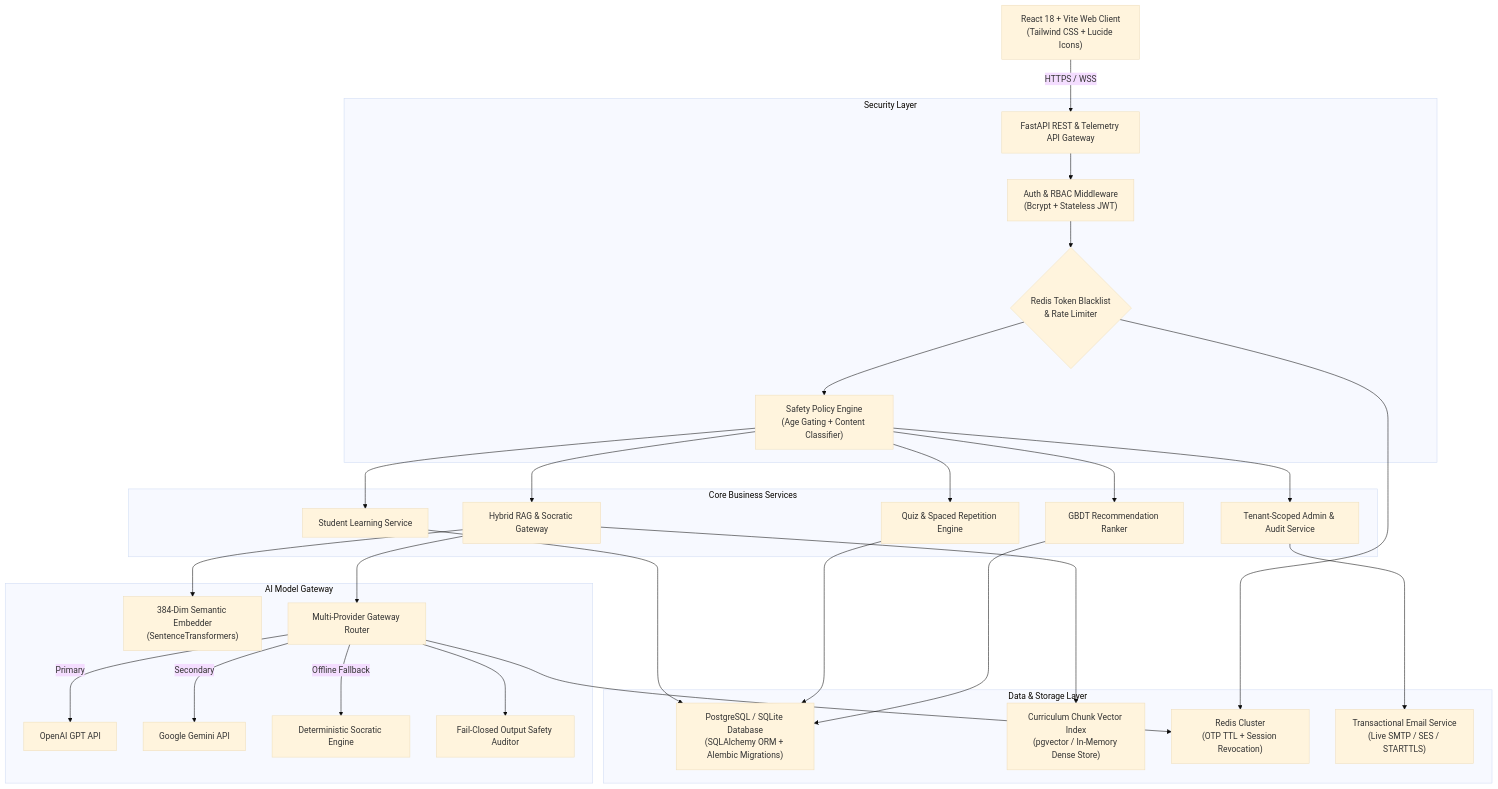
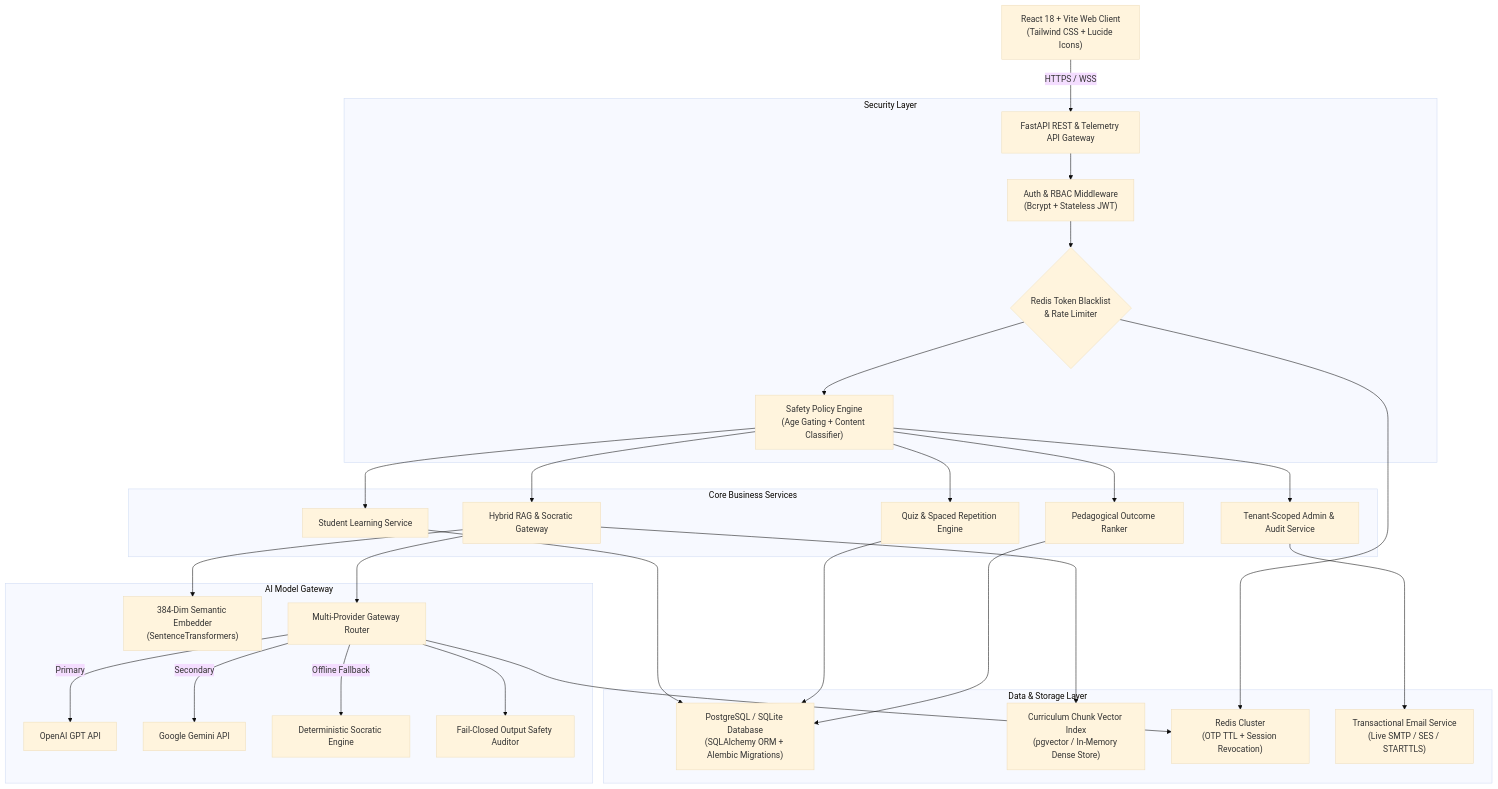
The diagram in README.md (rehan0018/Edufeedia), drawn with Mermaid (base theme) before and after one commit. The commit also changed other lines of this file and 21 other files, not shown here.

````diff
--- a/README.md
+++ b/README.md
@@ -70,34 +70,34 @@
 ```mermaid
 flowchart TD
     Client["React 18 + Vite Web Client\n(Tailwind CSS + Lucide Icons)"] -->|HTTPS / WSS| Gateway["FastAPI REST & Telemetry API Gateway"]
 
     subgraph Security Layer
         Gateway --> Auth["Auth & RBAC Middleware\n(Bcrypt + Stateless JWT)"]
         Auth --> Blacklist{"Redis Token Blacklist\n& Rate Limiter"}
         Blacklist --> PolicyEngine["Safety Policy Engine\n(Age Gating + Content Classifier)"]
     end
 
     subgraph Core Business Services
         PolicyEngine --> StudentSvc["Student Learning Service"]
         PolicyEngine --> QuizSvc["Quiz & Spaced Repetition Engine"]
         PolicyEngine --> RAGSvc["Hybrid RAG & Socratic Gateway"]
-        PolicyEngine --> RecSvc["GBDT Recommendation Ranker"]
+        PolicyEngine --> RecSvc["Pedagogical Outcome Ranker"]
         PolicyEngine --> AdminSvc["Tenant-Scoped Admin & Audit Service"]
     end
 
     subgraph AI Model Gateway
         RAGSvc --> Embedder["384-Dim Semantic Embedder\n(SentenceTransformers)"]
         RAGSvc --> ModelRouter["Multi-Provider Gateway Router"]
         ModelRouter -->|Primary| OpenAI["OpenAI GPT API"]
         ModelRouter -->|Secondary| Gemini["Google Gemini API"]
         ModelRouter -->|Offline Fallback| LocalSocratic["Deterministic Socratic Engine"]
         ModelRouter --> OutputSafety["Fail-Closed Output Safety Auditor"]
     end
 
     subgraph Data & Storage Layer
         StudentSvc & QuizSvc & RecSvc --> Postgres["PostgreSQL / SQLite Database\n(SQLAlchemy ORM + Alembic Migrations)"]
         RAGSvc --> VectorStore["Curriculum Chunk Vector Index\n(pgvector / In-Memory Dense Store)"]
         Blacklist & ModelRouter --> RedisCluster["Redis Cluster\n(OTP TTL + Session Revocation)"]
         AdminSvc --> EmailDispatch["Transactional Email Service\n(Live SMTP / SES / STARTTLS)"]
     end
 ```
````
